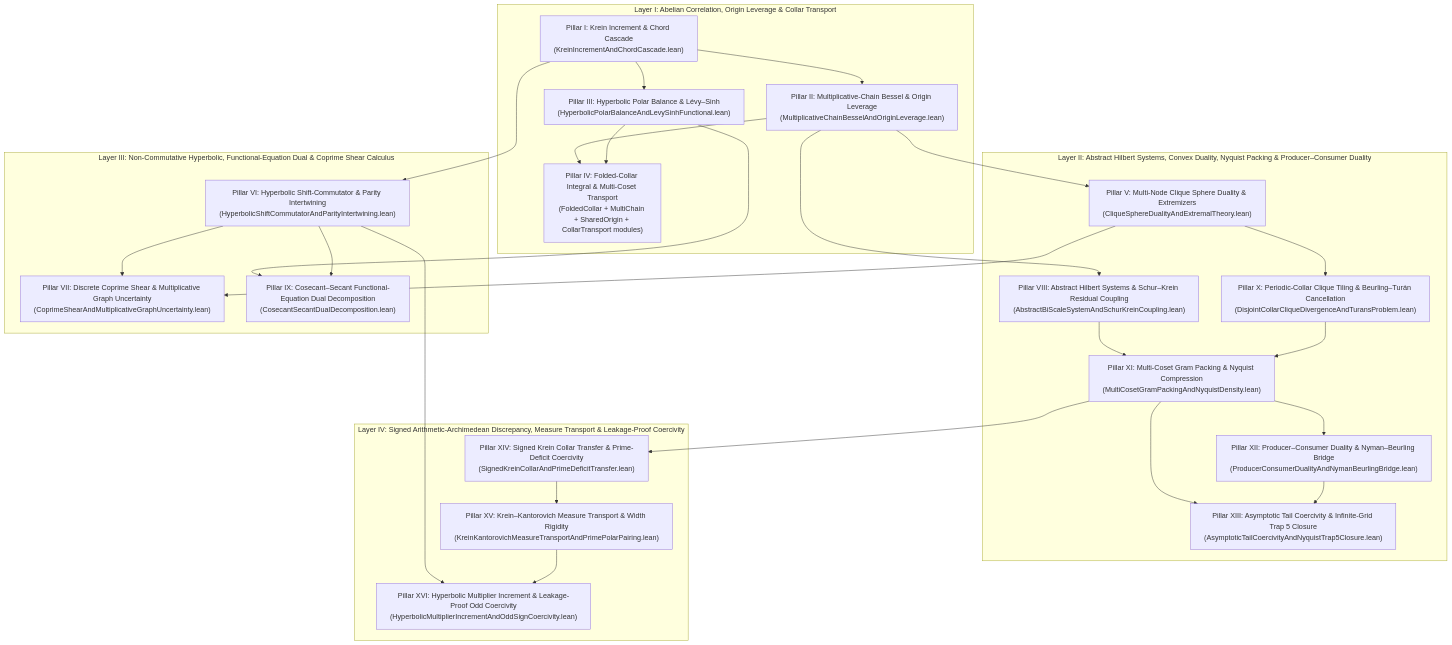
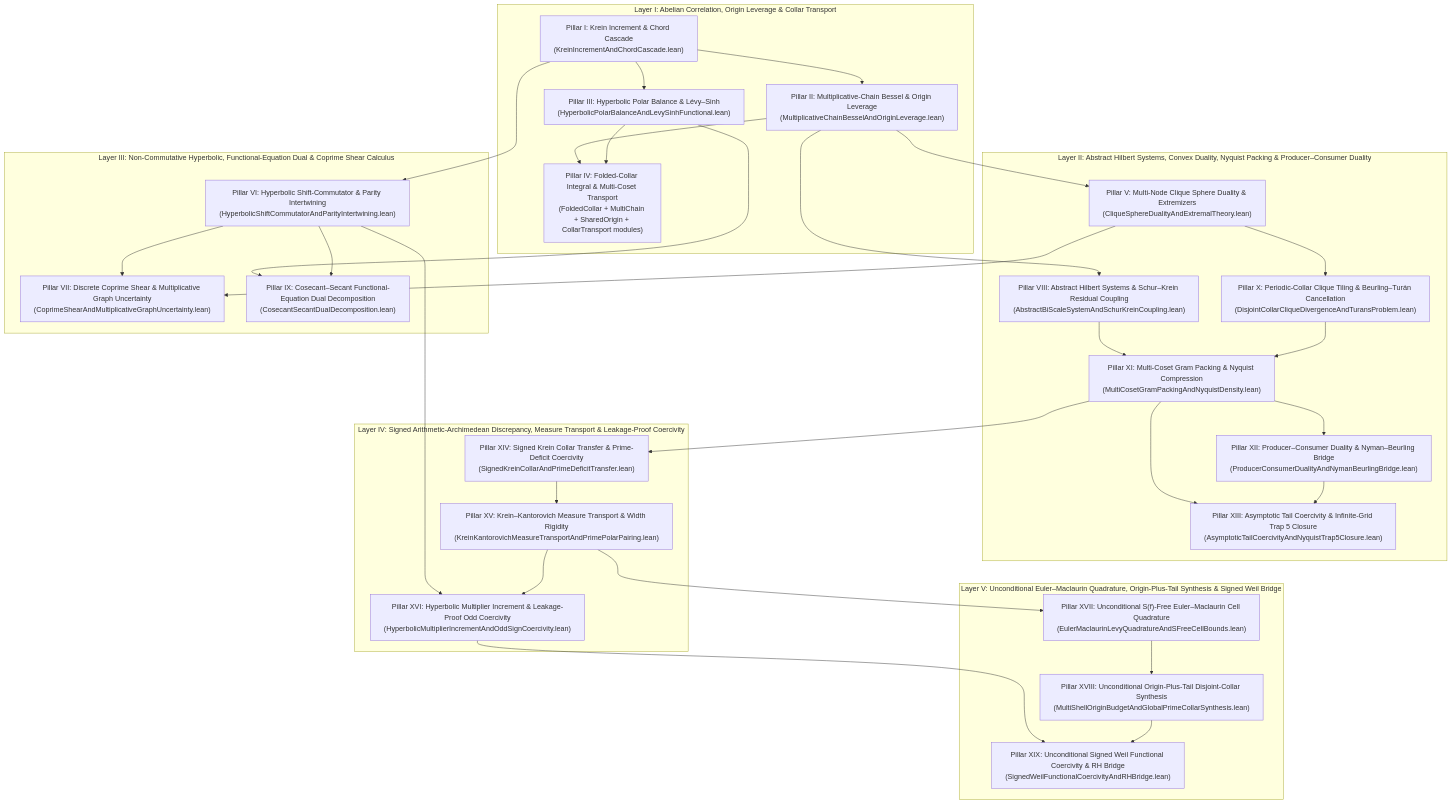
Before and after one commit to michael-haufschild-gib/hgt: the diagram in formal/GaloisForLFunctions/BiScaleUncertainty/README.md, drawn with Mermaid. The commit also changed other lines of this file and 52 other files, not shown here.

````diff
--- a/formal/GaloisForLFunctions/BiScaleUncertainty/README.md
+++ b/formal/GaloisForLFunctions/BiScaleUncertainty/README.md
@@ -217,52 +217,62 @@
 ```mermaid
 flowchart TD
     subgraph Layer1["Layer I: Abelian Correlation, Origin Leverage & Collar Transport"]
         P1["Pillar I: Krein Increment & Chord Cascade<br/>(KreinIncrementAndChordCascade.lean)"]
         P2["Pillar II: Multiplicative-Chain Bessel & Origin Leverage<br/>(MultiplicativeChainBesselAndOriginLeverage.lean)"]
         P3["Pillar III: Hyperbolic Polar Balance & Lévy–Sinh<br/>(HyperbolicPolarBalanceAndLevySinhFunctional.lean)"]
         P4["Pillar IV: Folded-Collar Integral & Multi-Coset Transport<br/>(FoldedCollar + MultiChain + SharedOrigin + CollarTransport modules)"]
     end
 
     subgraph Layer2["Layer II: Abstract Hilbert Systems, Convex Duality, Nyquist Packing & Producer–Consumer Duality"]
         P5["Pillar V: Multi-Node Clique Sphere Duality & Extremizers<br/>(CliqueSphereDualityAndExtremalTheory.lean)"]
         P8["Pillar VIII: Abstract Hilbert Systems & Schur–Krein Residual Coupling<br/>(AbstractBiScaleSystemAndSchurKreinCoupling.lean)"]
         P10["Pillar X: Periodic-Collar Clique Tiling & Beurling–Turán Cancellation<br/>(DisjointCollarCliqueDivergenceAndTuransProblem.lean)"]
         P11["Pillar XI: Multi-Coset Gram Packing & Nyquist Compression<br/>(MultiCosetGramPackingAndNyquistDensity.lean)"]
         P12["Pillar XII: Producer–Consumer Duality & Nyman–Beurling Bridge<br/>(ProducerConsumerDualityAndNymanBeurlingBridge.lean)"]
         P13["Pillar XIII: Asymptotic Tail Coercivity & Infinite-Grid Trap 5 Closure<br/>(AsymptoticTailCoercivityAndNyquistTrap5Closure.lean)"]
     end
 
     subgraph Layer3["Layer III: Non-Commutative Hyperbolic, Functional-Equation Dual & Coprime Shear Calculus"]
         P6["Pillar VI: Hyperbolic Shift-Commutator & Parity Intertwining<br/>(HyperbolicShiftCommutatorAndParityIntertwining.lean)"]
         P7["Pillar VII: Discrete Coprime Shear & Multiplicative Graph Uncertainty<br/>(CoprimeShearAndMultiplicativeGraphUncertainty.lean)"]
         P9["Pillar IX: Cosecant–Secant Functional-Equation Dual Decomposition<br/>(CosecantSecantDualDecomposition.lean)"]
     end
 
     subgraph Layer4["Layer IV: Signed Arithmetic-Archimedean Discrepancy, Measure Transport & Leakage-Proof Coercivity"]
         P14["Pillar XIV: Signed Krein Collar Transfer & Prime-Deficit Coercivity<br/>(SignedKreinCollarAndPrimeDeficitTransfer.lean)"]
         P15["Pillar XV: Krein–Kantorovich Measure Transport & Width Rigidity<br/>(KreinKantorovichMeasureTransportAndPrimePolarPairing.lean)"]
         P16["Pillar XVI: Hyperbolic Multiplier Increment & Leakage-Proof Odd Coercivity<br/>(HyperbolicMultiplierIncrementAndOddSignCoercivity.lean)"]
     end
 
+    subgraph Layer5["Layer V: Unconditional Euler–Maclaurin Quadrature, Origin-Plus-Tail Synthesis & Signed Weil Bridge"]
+        P17["Pillar XVII: Unconditional S(f)-Free Euler–Maclaurin Cell Quadrature<br/>(EulerMaclaurinLevyQuadratureAndSFreeCellBounds.lean)"]
+        P18["Pillar XVIII: Unconditional Origin-Plus-Tail Disjoint-Collar Synthesis<br/>(MultiShellOriginBudgetAndGlobalPrimeCollarSynthesis.lean)"]
+        P19["Pillar XIX: Unconditional Signed Weil Functional Coercivity & RH Bridge<br/>(SignedWeilFunctionalCoercivityAndRHBridge.lean)"]
+    end
+
     P1 --> P2
     P1 --> P3
     P2 --> P4
     P3 --> P4
     P2 --> P5
     P2 --> P8
     P5 --> P10
     P8 --> P11
     P10 --> P11
     P11 --> P12
     P11 --> P13
     P12 --> P13
     P1 --> P6
     P3 --> P9
     P6 --> P9
     P5 --> P7
     P6 --> P7
     P11 --> P14
     P14 --> P15
     P6 --> P16
     P15 --> P16
+    P15 --> P17
+    P17 --> P18
+    P16 --> P19
+    P18 --> P19
 ```
````
